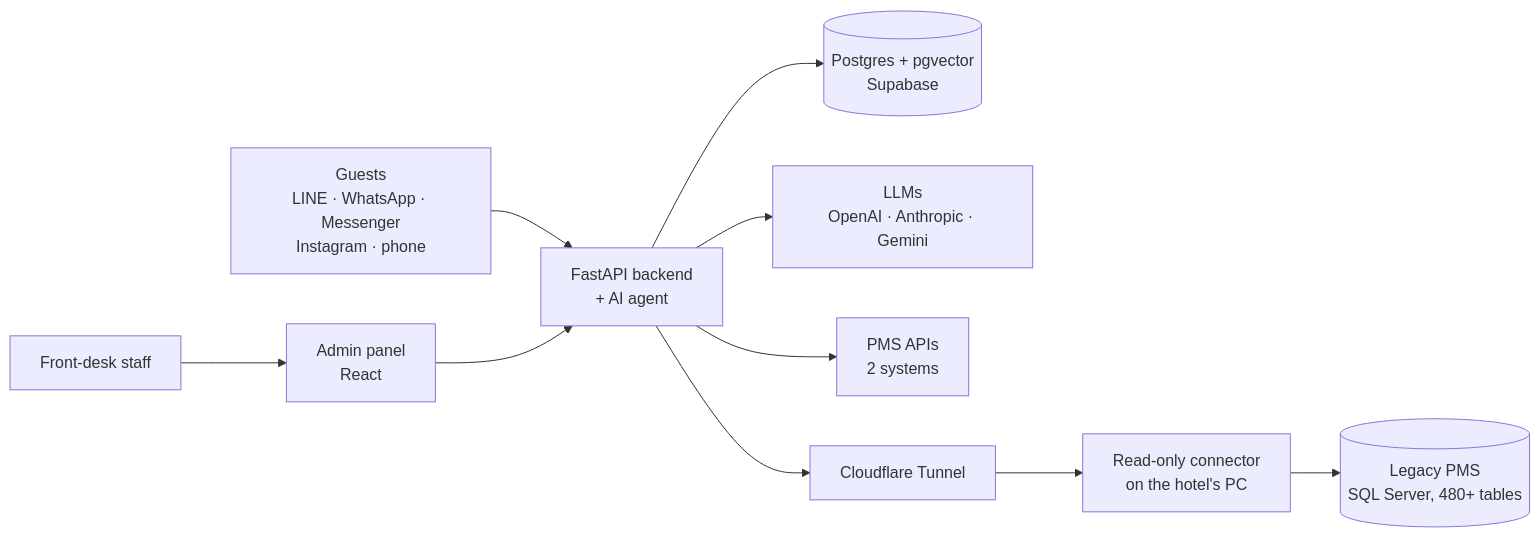
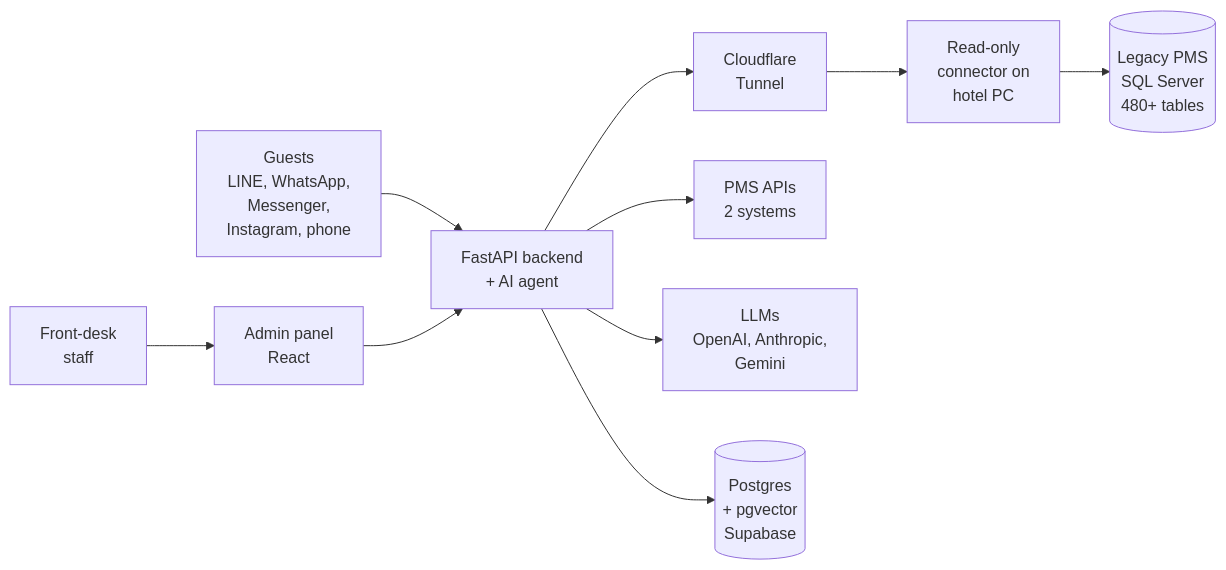
The diagram in README.md (tiramisuice/tiramisuice), drawn with Mermaid before and after one commit.

Commit message:
Tidy architecture diagram layout

````diff
--- a/README.md
+++ b/README.md
@@ -15,9 +15,9 @@
 ```mermaid
 flowchart LR
-    guest["Guests<br/>LINE · WhatsApp · Messenger<br/>Instagram · phone"] --> api["FastAPI backend<br/>+ AI agent"]
-    staff["Front-desk staff"] --> admin["Admin panel<br/>React"] --> api
-    api --> db[("Postgres + pgvector<br/>Supabase")]
-    api --> llm["LLMs<br/>OpenAI · Anthropic · Gemini"]
+    api["FastAPI backend<br/>+ AI agent"] --> tunnel["Cloudflare<br/>Tunnel"] --> conn["Read-only<br/>connector on<br/>hotel PC"] --> sql[("Legacy PMS<br/>SQL Server<br/>480+ tables")]
+    guest["Guests<br/>LINE, WhatsApp,<br/>Messenger,<br/>Instagram, phone"] --> api
+    staff["Front-desk<br/>staff"] --> admin["Admin panel<br/>React"] --> api
     api --> pms["PMS APIs<br/>2 systems"]
-    api --> tunnel["Cloudflare Tunnel"] --> conn["Read-only connector<br/>on the hotel's PC"] --> sql[("Legacy PMS<br/>SQL Server, 480+ tables")]
+    api --> llm["LLMs<br/>OpenAI, Anthropic,<br/>Gemini"]
+    api --> db[("Postgres<br/>+ pgvector<br/>Supabase")]
 ```
````
